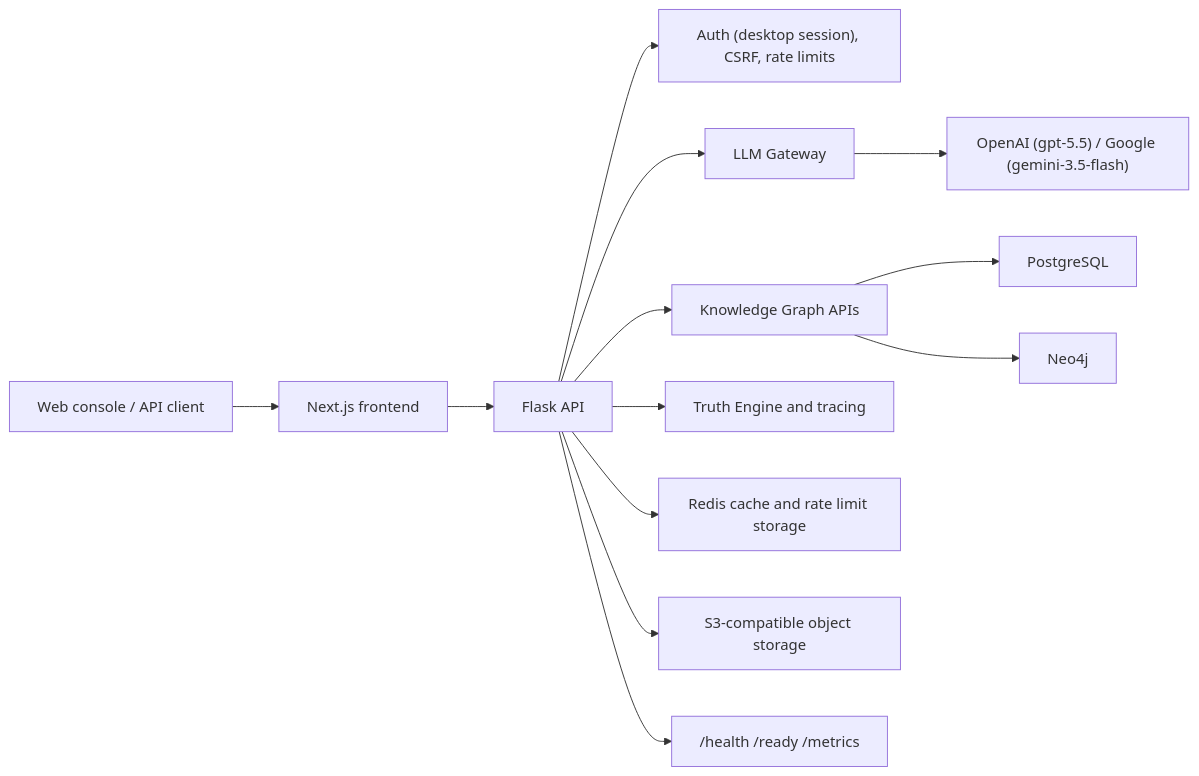
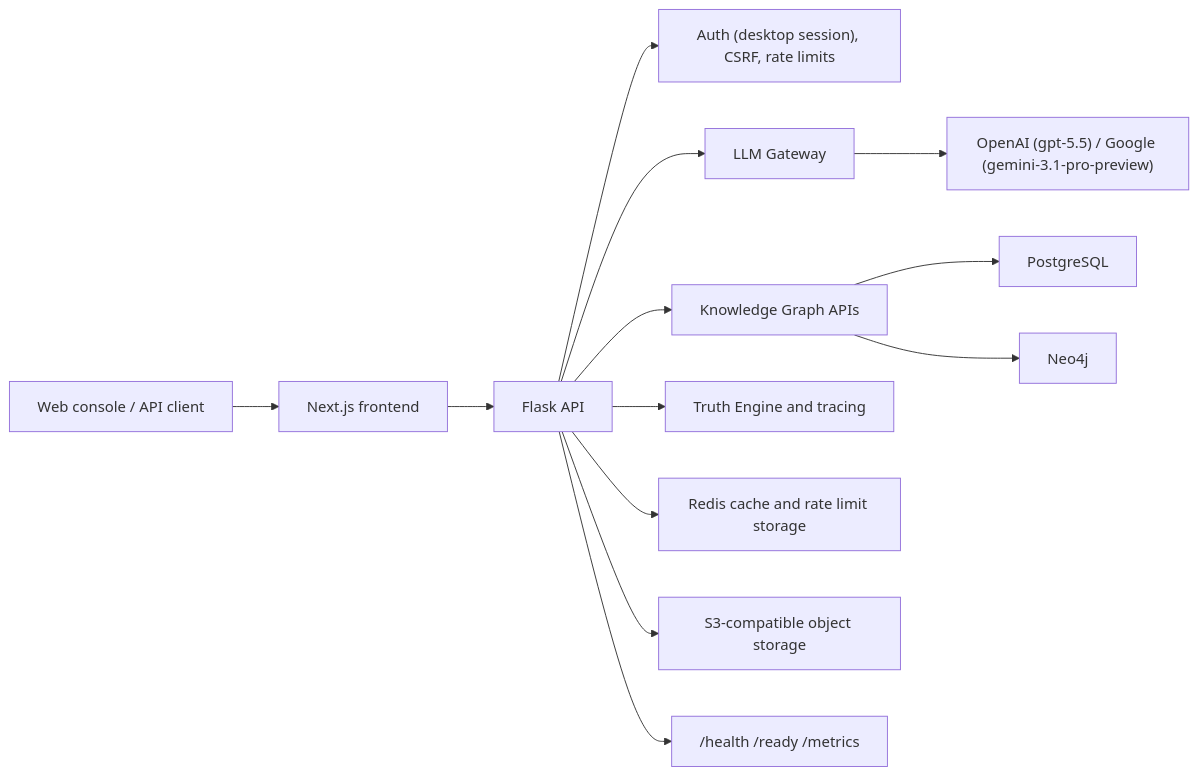
The diagram in README.md (kherrera6219/DataLogicEngine), drawn with Mermaid before and after one commit. The commit also changed other lines of this file and 41 other files, not shown here.

````diff
--- a/README.md
+++ b/README.md
@@ -195,15 +195,15 @@
 ```mermaid
 flowchart LR
   Client["Web console / API client"] --> Frontend["Next.js frontend"]
   Frontend --> API["Flask API"]
   API --> Auth["Auth (desktop session), CSRF, rate limits"]
   API --> Gateway["LLM Gateway"]
   API --> Graph["Knowledge Graph APIs"]
   API --> Truth["Truth Engine and tracing"]
-  Gateway --> Providers["OpenAI (gpt-5.5) / Google (gemini-3.5-flash)"]
+  Gateway --> Providers["OpenAI (gpt-5.5) / Google (gemini-3.1-pro-preview)"]
   Graph --> Postgres["PostgreSQL"]
   Graph --> Neo4j["Neo4j"]
   API --> Redis["Redis cache and rate limit storage"]
   API --> ObjectStore["S3-compatible object storage"]
   API --> Metrics["/health /ready /metrics"]
 ```
````
